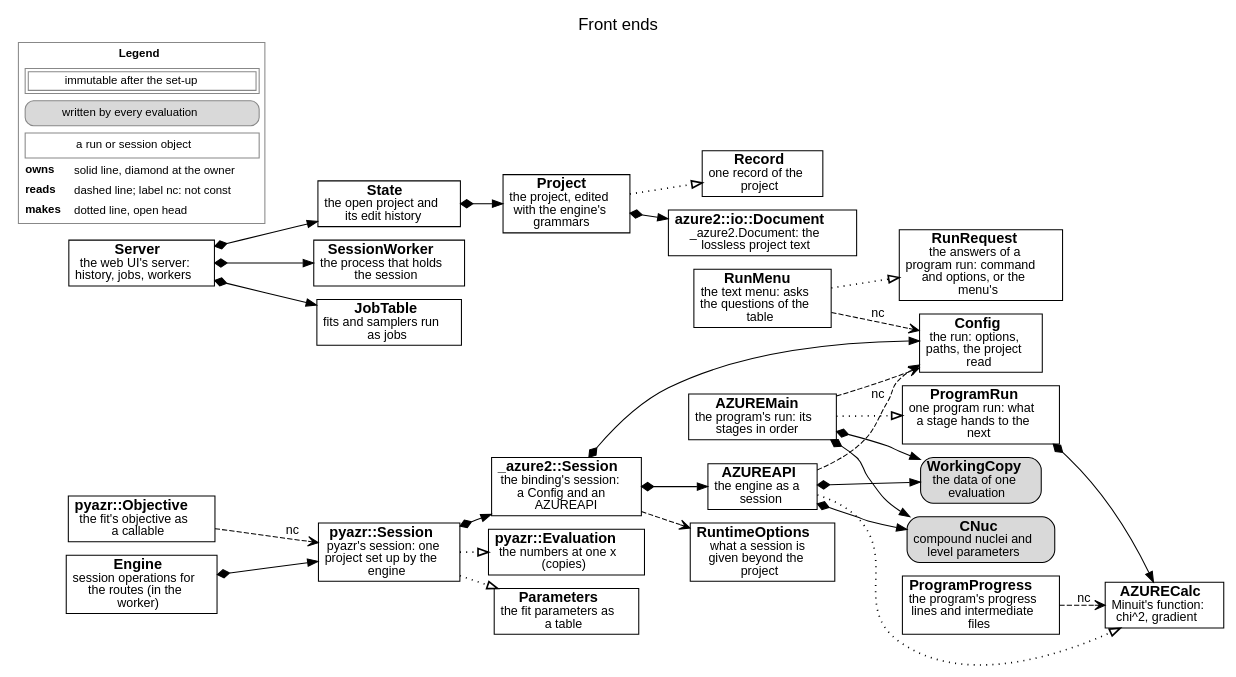
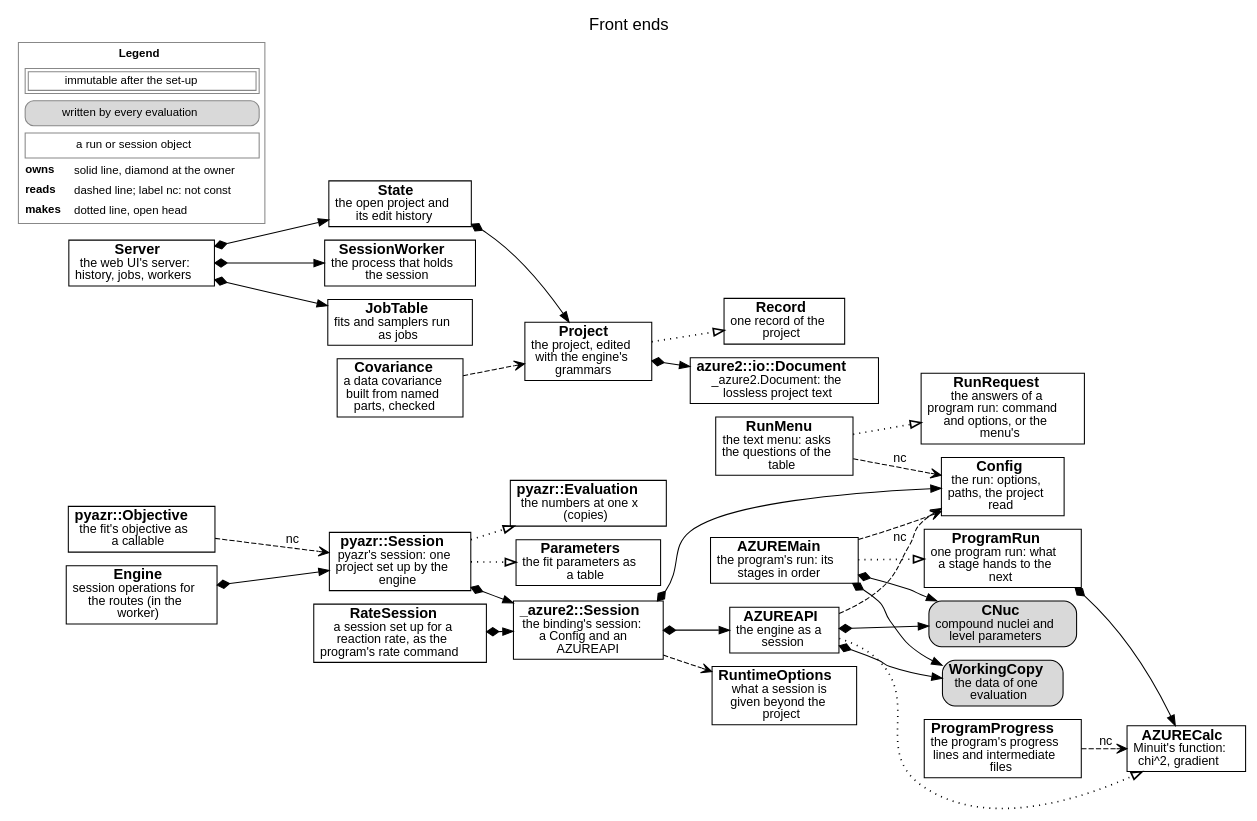
The diagram in docs/source/developer/figures/frontends.dot (AZURE2DEV/AZURE2), drawn with Graphviz before and after one commit. The commit also changed 43 other files, not shown here.

```diff
--- a/docs/source/developer/figures/frontends.dot
+++ b/docs/source/developer/figures/frontends.dot
@@ -1,56 +1,60 @@
 digraph frontends {
   graph [rankdir=LR, fontname="Helvetica", fontsize=16, labelloc=t, label="Front ends", nodesep=0.18, ranksep=0.3, newrank=true];
   node [fontname="Helvetica", fontsize=14, margin="0.08,0.04"];
   edge [fontname="Helvetica", fontsize=12];
   n_RunRequest [label=<<b>RunRequest</b><br/><font point-size="12">the answers of a<br/>program run: command<br/>and options, or the<br/>menu&#x27;s</font>>, shape=box, style="filled", fillcolor="white"];
   n_RunMenu [label=<<b>RunMenu</b><br/><font point-size="12">the text menu: asks<br/>the questions of the<br/>table</font>>, shape=box, style="filled", fillcolor="white"];
   n_AZUREMain [label=<<b>AZUREMain</b><br/><font point-size="12">the program&#x27;s run: its<br/>stages in order</font>>, shape=box, style="filled", fillcolor="white"];
   n_Config [label=<<b>Config</b><br/><font point-size="12">the run: options,<br/>paths, the project<br/>read</font>>, shape=box, style="filled", fillcolor="white"];
   n_CNuc [label=<<b>CNuc</b><br/><font point-size="12">compound nuclei and<br/>level parameters</font>>, shape=box, style="rounded,filled", fillcolor="#d9d9d9"];
   n_WorkingCopy [label=<<b>WorkingCopy</b><br/><font point-size="12">the data of one<br/>evaluation</font>>, shape=box, style="rounded,filled", fillcolor="#d9d9d9"];
   n_AZURECalc [label=<<b>AZURECalc</b><br/><font point-size="12">Minuit&#x27;s function:<br/>chi^2, gradient</font>>, shape=box, style="filled", fillcolor="white"];
   n_ProgramRun [label=<<b>ProgramRun</b><br/><font point-size="12">one program run: what<br/>a stage hands to the<br/>next</font>>, shape=box, style="filled", fillcolor="white"];
   n_ProgramProgress [label=<<b>ProgramProgress</b><br/><font point-size="12">the program&#x27;s progress<br/>lines and intermediate<br/>files</font>>, shape=box, style="filled", fillcolor="white"];
   n_AZUREAPI [label=<<b>AZUREAPI</b><br/><font point-size="12">the engine as a<br/>session</font>>, shape=box, style="filled", fillcolor="white"];
   n__azure2__Session [label=<<b>_azure2::Session</b><br/><font point-size="12">the binding&#x27;s session:<br/>a Config and an<br/>AZUREAPI</font>>, shape=box, style="filled", fillcolor="white"];
   n_RuntimeOptions [label=<<b>RuntimeOptions</b><br/><font point-size="12">what a session is<br/>given beyond the<br/>project</font>>, shape=box, style="filled", fillcolor="white"];
   n_pyazr__Session [label=<<b>pyazr::Session</b><br/><font point-size="12">pyazr&#x27;s session: one<br/>project set up by the<br/>engine</font>>, shape=box, style="filled", fillcolor="white"];
   n_pyazr__Objective [label=<<b>pyazr::Objective</b><br/><font point-size="12">the fit&#x27;s objective as<br/>a callable</font>>, shape=box, style="filled", fillcolor="white"];
   n_pyazr__Evaluation [label=<<b>pyazr::Evaluation</b><br/><font point-size="12">the numbers at one x<br/>(copies)</font>>, shape=box, style="filled", fillcolor="white"];
   n_Parameters [label=<<b>Parameters</b><br/><font point-size="12">the fit parameters as<br/>a table</font>>, shape=box, style="filled", fillcolor="white"];
   n_Project [label=<<b>Project</b><br/><font point-size="12">the project, edited<br/>with the engine&#x27;s<br/>grammars</font>>, shape=box, style="filled", fillcolor="white"];
   n_Record [label=<<b>Record</b><br/><font point-size="12">one record of the<br/>project</font>>, shape=box, style="filled", fillcolor="white"];
   n_azure2__io__Document [label=<<b>azure2::io::Document</b><br/><font point-size="12">_azure2.Document: the<br/>lossless project text</font>>, shape=box, style="filled", fillcolor="white"];
   n_Server [label=<<b>Server</b><br/><font point-size="12">the web UI&#x27;s server:<br/>history, jobs, workers</font>>, shape=box, style="filled", fillcolor="white"];
   n_State [label=<<b>State</b><br/><font point-size="12">the open project and<br/>its edit history</font>>, shape=box, style="filled", fillcolor="white"];
   n_SessionWorker [label=<<b>SessionWorker</b><br/><font point-size="12">the process that holds<br/>the session</font>>, shape=box, style="filled", fillcolor="white"];
   n_Engine [label=<<b>Engine</b><br/><font point-size="12">session operations for<br/>the routes (in the<br/>worker)</font>>, shape=box, style="filled", fillcolor="white"];
   n_JobTable [label=<<b>JobTable</b><br/><font point-size="12">fits and samplers run<br/>as jobs</font>>, shape=box, style="filled", fillcolor="white"];
+  n_RateSession [label=<<b>RateSession</b><br/><font point-size="12">a session set up for a<br/>reaction rate, as the<br/>program&#x27;s rate command</font>>, shape=box, style="filled", fillcolor="white"];
+  n_Covariance [label=<<b>Covariance</b><br/><font point-size="12">a data covariance<br/>built from named<br/>parts, checked</font>>, shape=box, style="filled", fillcolor="white"];
   n_RunMenu -> n_RunRequest [style=dotted, penwidth=1.6, arrowhead=empty];
   n_RunMenu -> n_Config [style=dashed, arrowhead=vee, label=" nc"];
   n_AZUREMain -> n_Config [style=dashed, arrowhead=vee];
   n_AZUREMain -> n_CNuc [style=solid, dir=both, arrowtail=diamond, arrowhead=normal];
   n_AZUREMain -> n_WorkingCopy [style=solid, dir=both, arrowtail=diamond, arrowhead=normal];
   n_AZUREMain -> n_ProgramRun [style=dotted, penwidth=1.6, arrowhead=empty];
   n_ProgramRun -> n_AZURECalc [style=solid, dir=both, arrowtail=diamond, arrowhead=normal];
   n_ProgramProgress -> n_AZURECalc [style=dashed, arrowhead=vee, label=" nc"];
   n_AZUREAPI -> n_AZURECalc [style=dotted, penwidth=1.6, arrowhead=empty];
   n_AZUREAPI -> n_Config [style=dashed, arrowhead=vee, label=" nc"];
   n_AZUREAPI -> n_CNuc [style=solid, dir=both, arrowtail=diamond, arrowhead=normal];
   n_AZUREAPI -> n_WorkingCopy [style=solid, dir=both, arrowtail=diamond, arrowhead=normal];
   n__azure2__Session -> n_Config [style=solid, dir=both, arrowtail=diamond, arrowhead=normal];
   n__azure2__Session -> n_AZUREAPI [style=solid, dir=both, arrowtail=diamond, arrowhead=normal];
   n__azure2__Session -> n_RuntimeOptions [style=dashed, arrowhead=vee];
   n_pyazr__Session -> n__azure2__Session [style=solid, dir=both, arrowtail=diamond, arrowhead=normal];
   n_pyazr__Session -> n_Parameters [style=dotted, penwidth=1.6, arrowhead=empty];
   n_pyazr__Objective -> n_pyazr__Session [style=dashed, arrowhead=vee, label=" nc"];
   n_pyazr__Session -> n_pyazr__Evaluation [style=dotted, penwidth=1.6, arrowhead=empty];
   n_Project -> n_azure2__io__Document [style=solid, dir=both, arrowtail=diamond, arrowhead=normal];
   n_Project -> n_Record [style=dotted, penwidth=1.6, arrowhead=empty];
   n_State -> n_Project [style=solid, dir=both, arrowtail=diamond, arrowhead=normal];
   n_Server -> n_State [style=solid, dir=both, arrowtail=diamond, arrowhead=normal];
   n_Server -> n_SessionWorker [style=solid, dir=both, arrowtail=diamond, arrowhead=normal];
   n_Server -> n_JobTable [style=solid, dir=both, arrowtail=diamond, arrowhead=normal];
   n_Engine -> n_pyazr__Session [style=solid, dir=both, arrowtail=diamond, arrowhead=normal];
+  n_RateSession -> n__azure2__Session [style=solid, dir=both, arrowtail=diamond, arrowhead=normal];
+  n_Covariance -> n_Project [style=dashed, arrowhead=vee];
   legend [shape=plaintext, fontsize=11, label=<<TABLE BORDER="1" CELLBORDER="0" CELLSPACING="3" COLOR="#888888"><TR><TD COLSPAN="2"><B>Legend</B></TD></TR><TR><TD COLSPAN="2"><TABLE BORDER="1" CELLBORDER="1" CELLSPACING="2" CELLPADDING="2"><TR><TD>immutable after the set-up</TD></TR></TABLE></TD></TR><TR><TD COLSPAN="2"><TABLE BORDER="1" CELLBORDER="0" CELLPADDING="3" STYLE="rounded" BGCOLOR="#d9d9d9"><TR><TD>written by every evaluation</TD></TR></TABLE></TD></TR><TR><TD COLSPAN="2"><TABLE BORDER="1" CELLBORDER="0" CELLPADDING="3" ><TR><TD>a run or session object</TD></TR></TABLE></TD></TR><TR><TD ALIGN="LEFT"><B>owns</B></TD><TD ALIGN="LEFT">solid line, diamond at the owner</TD></TR><TR><TD ALIGN="LEFT"><B>reads</B></TD><TD ALIGN="LEFT">dashed line; label nc: not const</TD></TR><TR><TD ALIGN="LEFT"><B>makes</B></TD><TD ALIGN="LEFT">dotted line, open head</TD></TR></TABLE>>];
 }
```
